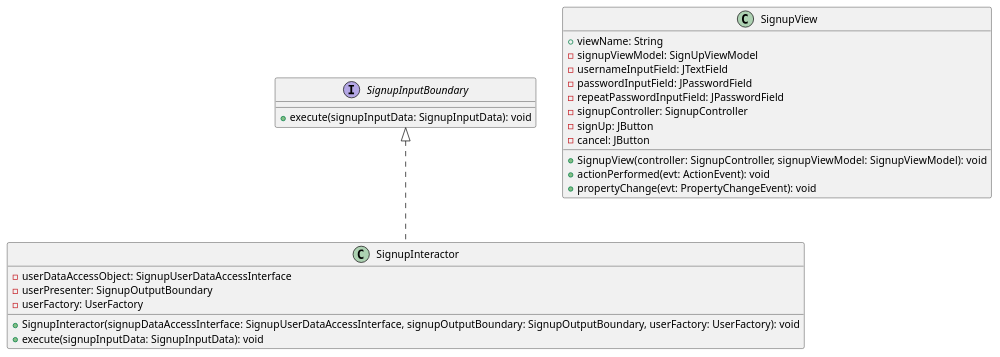
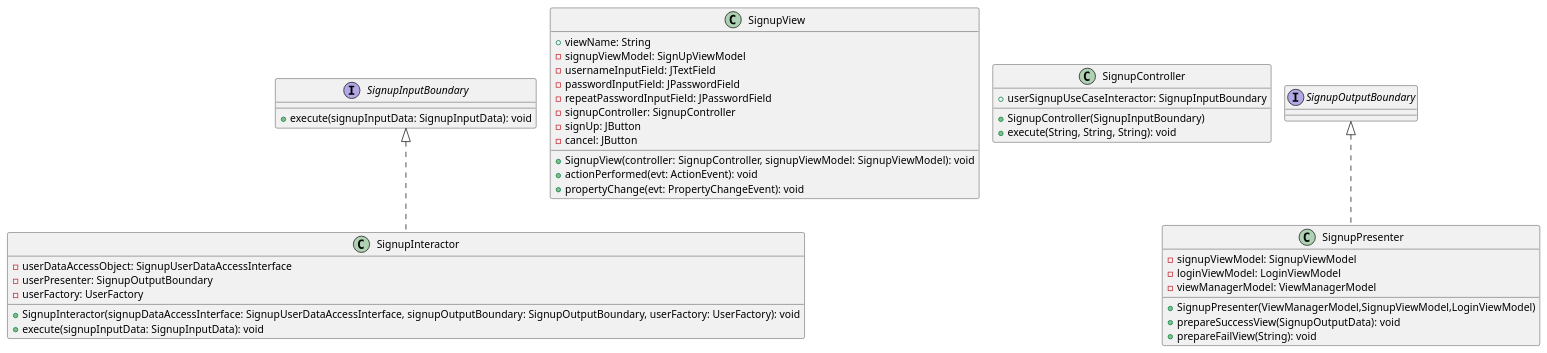
One commit to elescogna/tmarket changed the diagram in uml/signUpUseCase.puml. Above: the diagram before and after it, drawn with PlantUML.

Commit message:
Added classes for SignupPresenter and SignupController

```diff
--- a/uml/signUpUseCase.puml
+++ b/uml/signUpUseCase.puml
@@ -1,26 +1,45 @@
 @startuml
+!pragma layout smetana
+
 interface SignupInputBoundary {
     +execute(signupInputData: SignupInputData): void
 }
 class SignupInteractor implements SignupInputBoundary {
     -userDataAccessObject: SignupUserDataAccessInterface
     -userPresenter: SignupOutputBoundary
     -userFactory: UserFactory
     +SignupInteractor(signupDataAccessInterface: SignupUserDataAccessInterface, signupOutputBoundary: SignupOutputBoundary, userFactory: UserFactory): void
     +execute(signupInputData: SignupInputData): void
 }
 class SignupView {
     +viewName: String
     -signupViewModel: SignUpViewModel
     -usernameInputField: JTextField
     -passwordInputField: JPasswordField
     -repeatPasswordInputField: JPasswordField
     -signupController: SignupController
     -signUp: JButton
     -cancel: JButton
 
     +SignupView(controller: SignupController, signupViewModel: SignupViewModel): void
     +actionPerformed(evt: ActionEvent): void
     +propertyChange(evt: PropertyChangeEvent): void
 }
+
+class SignupController {
++userSignupUseCaseInteractor: SignupInputBoundary
+
++SignupController(SignupInputBoundary)
++execute(String, String, String): void
+}
+
+class SignupPresenter implements SignupOutputBoundary {
+-signupViewModel: SignupViewModel
+-loginViewModel: LoginViewModel
+-viewManagerModel: ViewManagerModel
+
++SignupPresenter(ViewManagerModel,SignupViewModel,LoginViewModel)
++prepareSuccessView(SignupOutputData): void
++prepareFailView(String): void
+}
 @enduml
```
